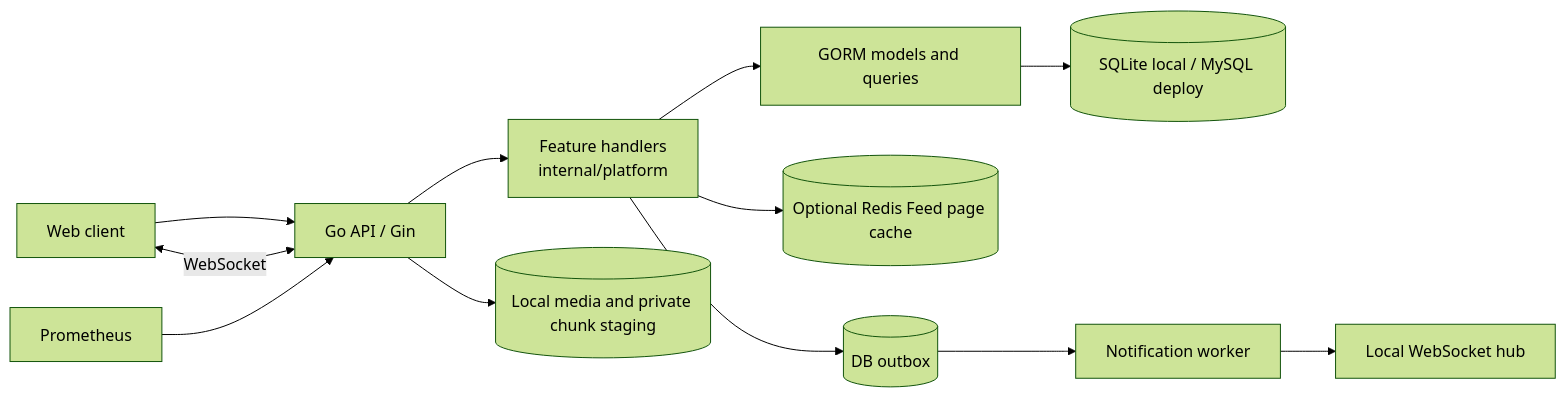
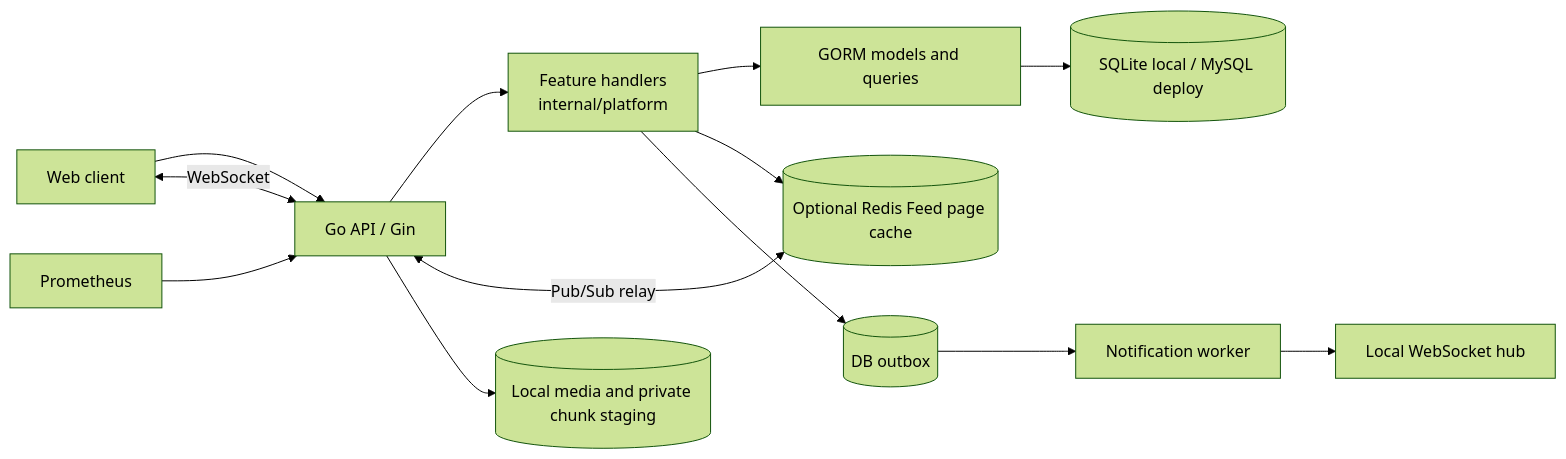
Before and after one commit to liuzhouquan/GoStream: the diagram in docs/ARCHITECTURE.md, drawn with Mermaid (forest theme). The commit also changed other lines of this file and 18 other files, not shown here.

Commit message:
feat: relay messaging and presence across API instances

````diff
--- a/docs/ARCHITECTURE.md
+++ b/docs/ARCHITECTURE.md
@@ -7,14 +7,15 @@
 ```mermaid
 flowchart LR
   Web[Web client] --> API[Go API / Gin]
   API --> Handlers[Feature handlers<br/>internal/platform]
   Handlers --> GORM[GORM models and queries]
   Handlers --> Redis[(Optional Redis Feed page cache)]
+  API <-->|Pub/Sub relay| Redis
   GORM --> DB[(SQLite local / MySQL deploy)]
   Handlers --> Outbox[(DB outbox)]
   Outbox --> Worker[Notification worker]
   Worker --> WS[Local WebSocket hub]
   API --> Media[(Local media and private chunk staging)]
   Prometheus --> API
   API <-->|WebSocket| Web
 ```
````
